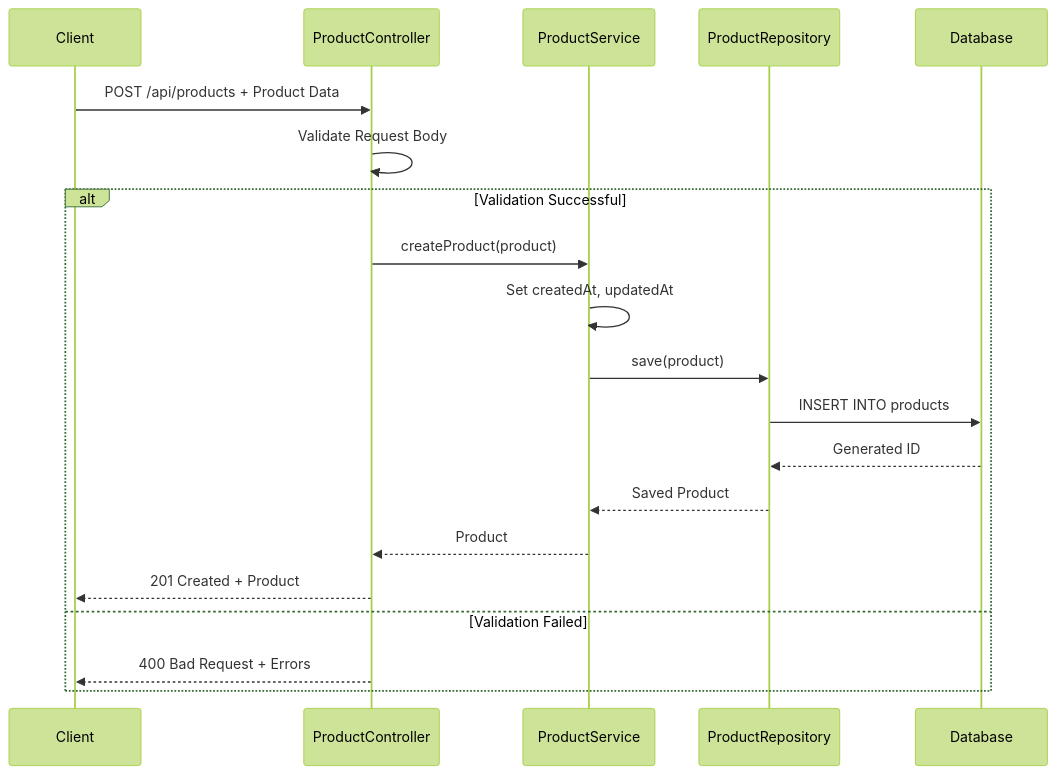
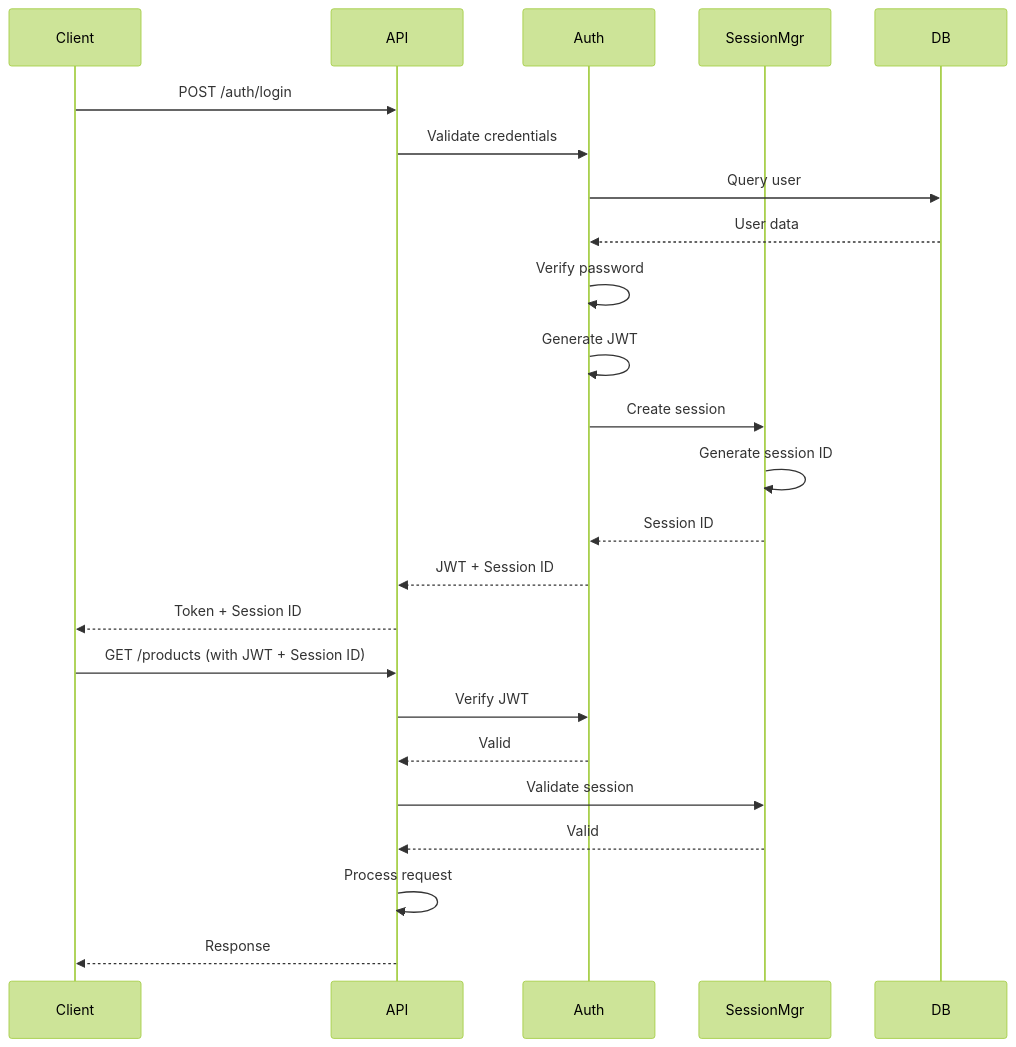
The fourth of 5 diagrams in docs/LLD/lld.md (NavneetBN47/aava-ecom-demo), drawn with Mermaid (forest theme) before and after one commit. The commit also changed other lines of this file, not shown here.

````diff
--- a/docs/LLD/lld.md
+++ b/docs/LLD/lld.md
@@ -281,24 +1963,28 @@
 ```mermaid
 sequenceDiagram
     participant Client
-    participant ProductController
-    participant ProductService
-    participant ProductRepository
-    participant Database
-
-    Client->>ProductController: POST /api/products + Product Data
-    ProductController->>ProductController: Validate Request Body
+    participant API
+    participant Auth
+    participant SessionMgr
+    participant DB
     
-    alt Validation Successful
-        ProductController->>ProductService: createProduct(product)
-        ProductService->>ProductService: Set createdAt, updatedAt
-        ProductService->>ProductRepository: save(product)
-        ProductRepository->>Database: INSERT INTO products
-        Database-->>ProductRepository: Generated ID
-        ProductRepository-->>ProductService: Saved Product
-        ProductService-->>ProductController: Product
-        ProductController-->>Client: 201 Created + Product
-    else Validation Failed
-        ProductController-->>Client: 400 Bad Request + Errors
-    end
+    Client->>API: POST /auth/login
+    API->>Auth: Validate credentials
+    Auth->>DB: Query user
+    DB-->>Auth: User data
+    Auth->>Auth: Verify password
+    Auth->>Auth: Generate JWT
+    Auth->>SessionMgr: Create session
+    SessionMgr->>SessionMgr: Generate session ID
+    SessionMgr-->>Auth: Session ID
+    Auth-->>API: JWT + Session ID
+    API-->>Client: Token + Session ID
+    
+    Client->>API: GET /products (with JWT + Session ID)
+    API->>Auth: Verify JWT
+    Auth-->>API: Valid
+    API->>SessionMgr: Validate session
+    SessionMgr-->>API: Valid
+    API->>API: Process request
+    API-->>Client: Response
 ```
````
